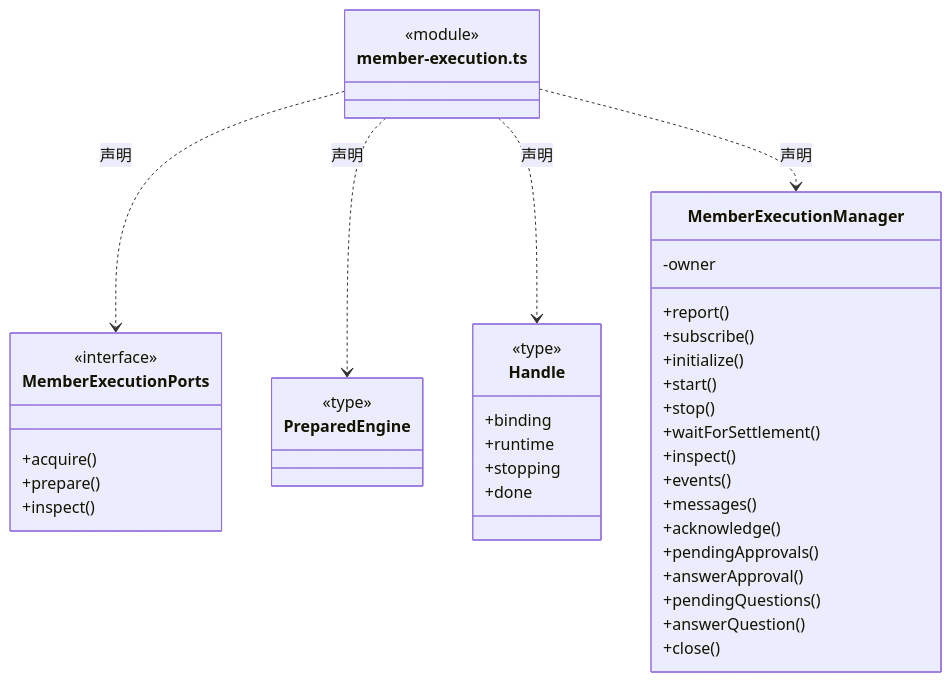
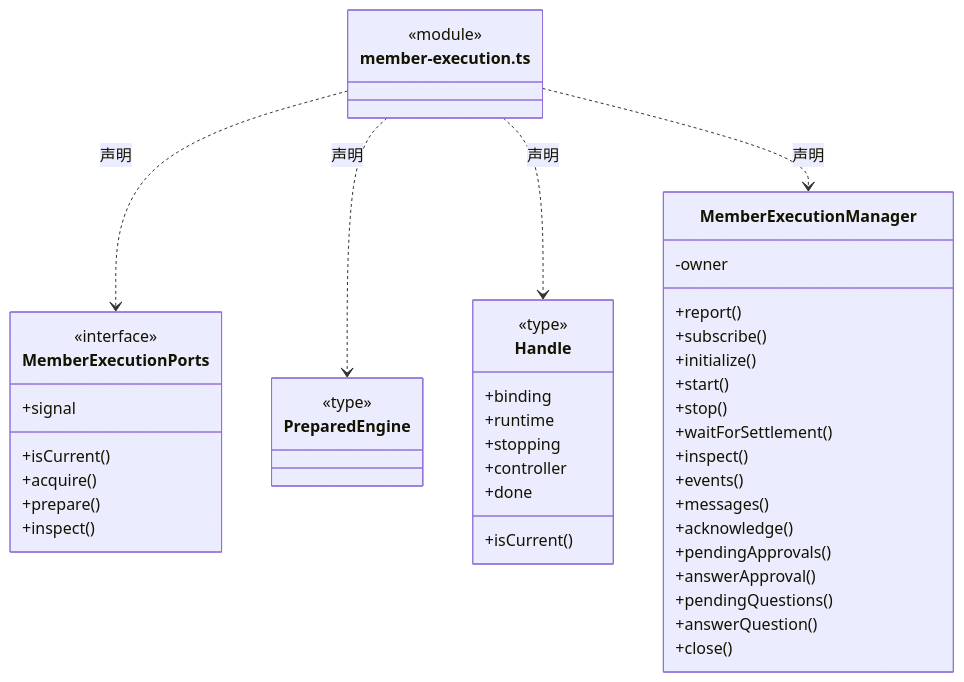
Diagram 19 of 42 in src/backend/scheduler-engine/execution/ARCHITECTURE.md (nan023062/cbim), drawn with Mermaid before and after one commit. The commit also changed other lines of this file and 70 other files, not shown here.

````diff
--- a/src/backend/scheduler-engine/execution/ARCHITECTURE.md
+++ b/src/backend/scheduler-engine/execution/ARCHITECTURE.md
@@ -507,45 +538,49 @@
 ```mermaid
 classDiagram
 class N_src_backend_scheduler_engine_execution_member_execution_ts["member-execution.ts"] {
   <<module>>
 }
 class N_src_backend_scheduler_engine_execution_member_execution_ts_MemberExecutionPorts["MemberExecutionPorts"] {
   <<interface>>
+  +isCurrent()
+  +signal
   +acquire()
   +prepare()
   +inspect()
 }
 N_src_backend_scheduler_engine_execution_member_execution_ts ..> N_src_backend_scheduler_engine_execution_member_execution_ts_MemberExecutionPorts : 声明
 class N_src_backend_scheduler_engine_execution_member_execution_ts_PreparedEngine["PreparedEngine"] {
   <<type>>
 
 }
 N_src_backend_scheduler_engine_execution_member_execution_ts ..> N_src_backend_scheduler_engine_execution_member_execution_ts_PreparedEngine : 声明
 class N_src_backend_scheduler_engine_execution_member_execution_ts_Handle["Handle"] {
   <<type>>
   +binding
   +runtime
   +stopping
+  +isCurrent()
+  +controller
   +done
 }
 N_src_backend_scheduler_engine_execution_member_execution_ts ..> N_src_backend_scheduler_engine_execution_member_execution_ts_Handle : 声明
 class N_src_backend_scheduler_engine_execution_member_execution_ts_MemberExecutionManager["MemberExecutionManager"] {
   +report()
   +subscribe()
   +initialize()
   +start()
   +stop()
   +waitForSettlement()
   +inspect()
   +events()
   +messages()
   +acknowledge()
   +pendingApprovals()
   +answerApproval()
   +pendingQuestions()
   +answerQuestion()
   +close()
   -owner
 }
 N_src_backend_scheduler_engine_execution_member_execution_ts ..> N_src_backend_scheduler_engine_execution_member_execution_ts_MemberExecutionManager : 声明
 ```
````
